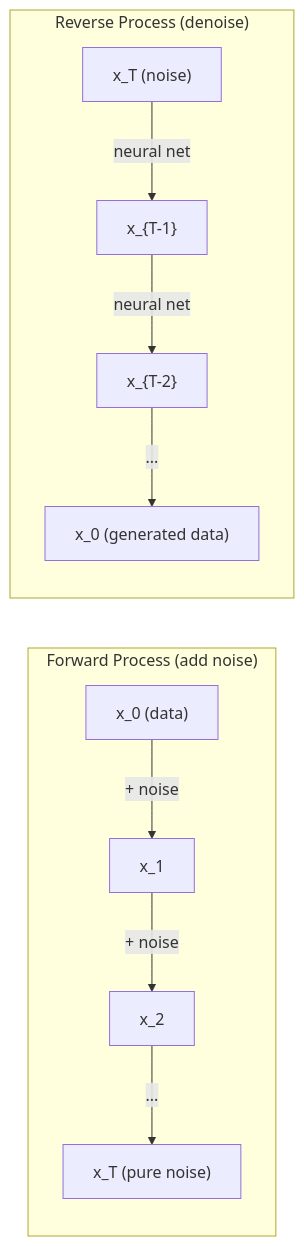
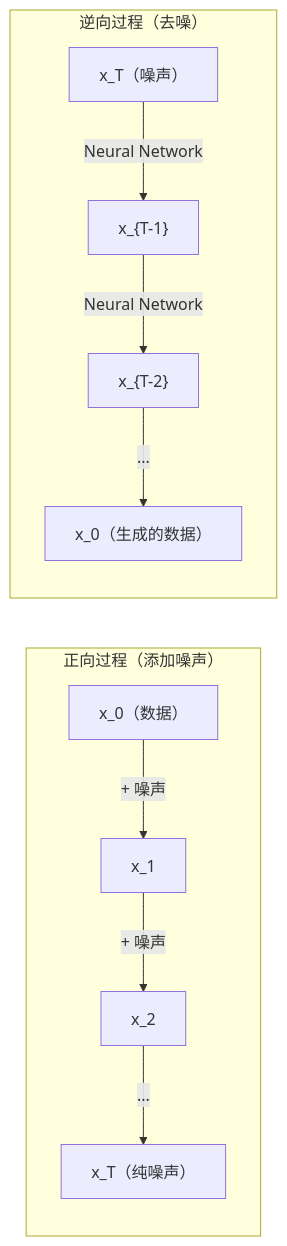
One commit to cluster1900/ai-engineering-from-scratch-zh changed the second of 2 diagrams in phases/01-math-foundations/22-stochastic-processes/docs/en.md. Above: the diagram before and after it, drawn with Mermaid. The commit also changed other lines of this file and 2 other files, not shown here.

````diff
--- a/phases/01-math-foundations/22-stochastic-processes/docs/en.md
+++ b/phases/01-math-foundations/22-stochastic-processes/docs/en.md
@@ -179,13 +186,13 @@
 ```mermaid
 graph LR
-    subgraph "Forward Process (add noise)"
-        X0["x_0 (data)"] -->|"+ noise"| X1["x_1"]
-        X1 -->|"+ noise"| X2["x_2"]
-        X2 -->|"..."| XT["x_T (pure noise)"]
+    subgraph "正向过程（添加噪声）"
+        X0["x_0（数据）"] -->|"+ 噪声"| X1["x_1"]
+        X1 -->|"+ 噪声"| X2["x_2"]
+        X2 -->|"..."| XT["x_T（纯噪声）"]
     end
-    subgraph "Reverse Process (denoise)"
-        XT2["x_T (noise)"] -->|"neural net"| XR2["x_{T-1}"]
-        XR2 -->|"neural net"| XR1["x_{T-2}"]
-        XR1 -->|"..."| XR0["x_0 (generated data)"]
+    subgraph "逆向过程（去噪）"
+        XT2["x_T（噪声）"] -->|"Neural Network"| XR2["x_{T-1}"]
+        XR2 -->|"Neural Network"| XR1["x_{T-2}"]
+        XR1 -->|"..."| XR0["x_0（生成的数据）"]
     end
 ```
````
